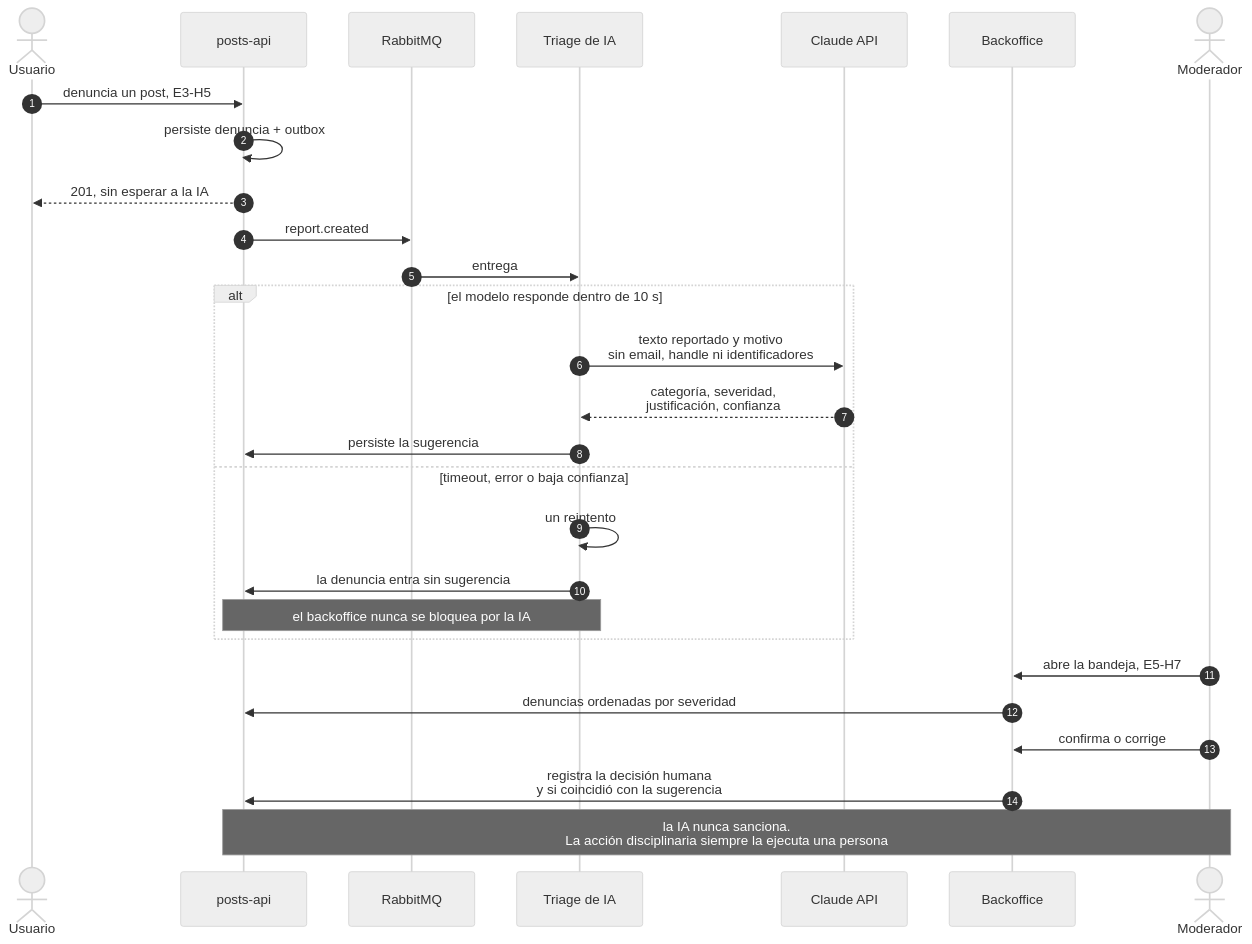
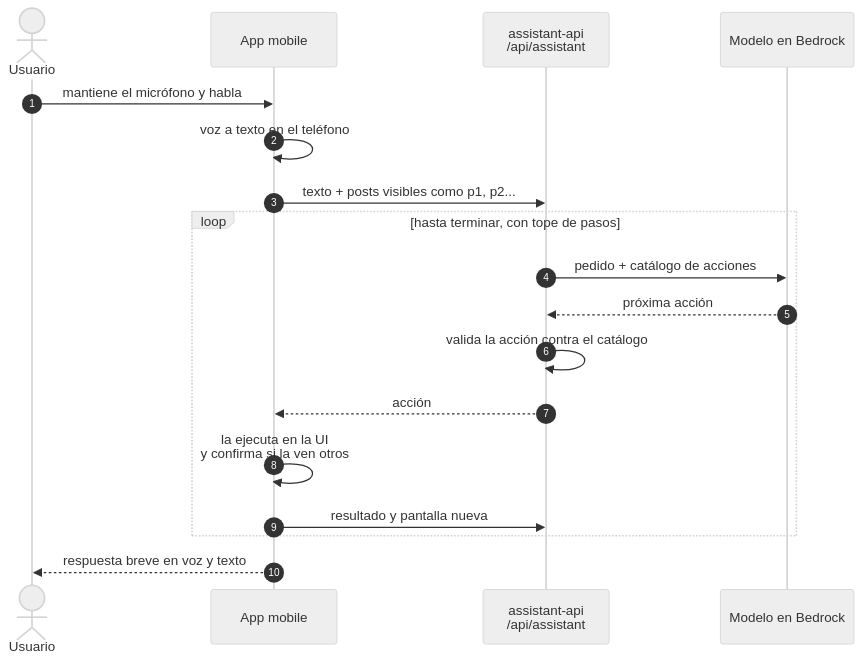
Before and after one commit to tds-g3-2s2026/udesa-x-platform: the seventh of 7 diagrams in docs/ARQUITECTURA.md, drawn with Mermaid (neutral theme). The commit also changed other lines of this file and 6 other files, not shown here.

First line of the commit message:
docs(adr): ADR-023, asistente por voz en un servicio propio con Bedrock, y estimación de costos (#123)

````diff
--- a/docs/ARQUITECTURA.md
+++ b/docs/ARQUITECTURA.md
@@ -997,33 +1017,21 @@
 ```mermaid
 sequenceDiagram
     autonumber
     actor USR as Usuario
-    participant PST as posts-api
-    participant MQ as RabbitMQ
-    participant TRI as Triage de IA
-    participant LLM as Claude API
-    participant BO as Backoffice
-    actor MOD as Moderador
+    participant APP as App mobile
+    participant AST as assistant-api<br/>/api/assistant
+    participant LLM as Modelo en Bedrock
 
-    USR->>PST: denuncia un post, E3-H5
-    PST->>PST: persiste denuncia + outbox
-    PST-->>USR: 201, sin esperar a la IA
-    PST->>MQ: report.created
-    MQ->>TRI: entrega
-
-    alt el modelo responde dentro de 10 s
-        TRI->>LLM: texto reportado y motivo<br/>sin email, handle ni identificadores
-        LLM-->>TRI: categoría, severidad,<br/>justificación, confianza
-        TRI->>PST: persiste la sugerencia
-    else timeout, error o baja confianza
-        TRI->>TRI: un reintento
-        TRI->>PST: la denuncia entra sin sugerencia
-        Note over TRI,PST: el backoffice nunca se bloquea por la IA
+    USR->>APP: mantiene el micrófono y habla
+    APP->>APP: voz a texto en el teléfono
+    APP->>AST: texto + posts visibles como p1, p2...
+    loop hasta terminar, con tope de pasos
+        AST->>LLM: pedido + catálogo de acciones
+        LLM-->>AST: próxima acción
+        AST->>AST: valida la acción contra el catálogo
+        AST-->>APP: acción
+        APP->>APP: la ejecuta en la UI<br/>y confirma si la ven otros
+        APP->>AST: resultado y pantalla nueva
     end
-
-    MOD->>BO: abre la bandeja, E5-H7
-    BO->>PST: denuncias ordenadas por severidad
-    MOD->>BO: confirma o corrige
-    BO->>PST: registra la decisión humana<br/>y si coincidió con la sugerencia
-    Note over MOD,PST: la IA nunca sanciona.<br/>La acción disciplinaria siempre la ejecuta una persona
+    APP-->>USR: respuesta breve en voz y texto
 ```
````
